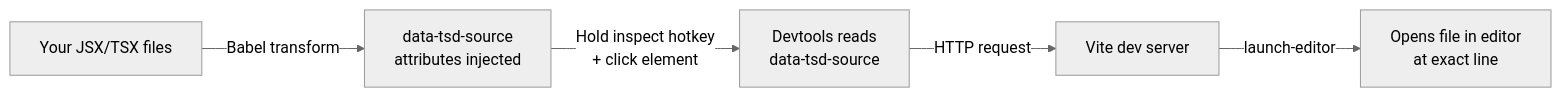
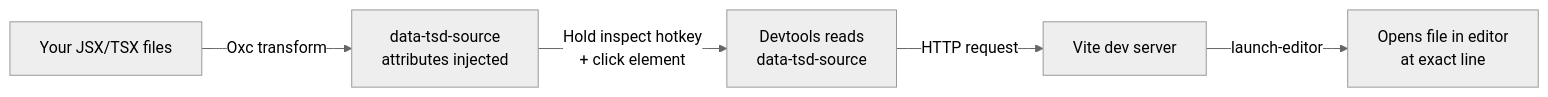
One commit to TanStack/devtools changed the diagram in docs/source-inspector.md. Above: the diagram before and after it, drawn with Mermaid (neutral theme). The commit also changed other lines of this file and 7 other files, not shown here.

Commit message:
docs: replace babel with oxc across the skills files

````diff
--- a/docs/source-inspector.md
+++ b/docs/source-inspector.md
@@ -19,7 +19,7 @@
 ```mermaid
 flowchart LR
-    A["Your JSX/TSX files"] -- "Babel transform" --> B["data-tsd-source<br/>attributes injected"]
+    A["Your JSX/TSX files"] -- "Oxc transform" --> B["data-tsd-source<br/>attributes injected"]
     B -- "Hold inspect hotkey<br/>+ click element" --> C["Devtools reads<br/>data-tsd-source"]
     C -- "HTTP request" --> D["Vite dev server"]
     D -- "launch-editor" --> E["Opens file in editor<br/>at exact line"]
 ```
````
